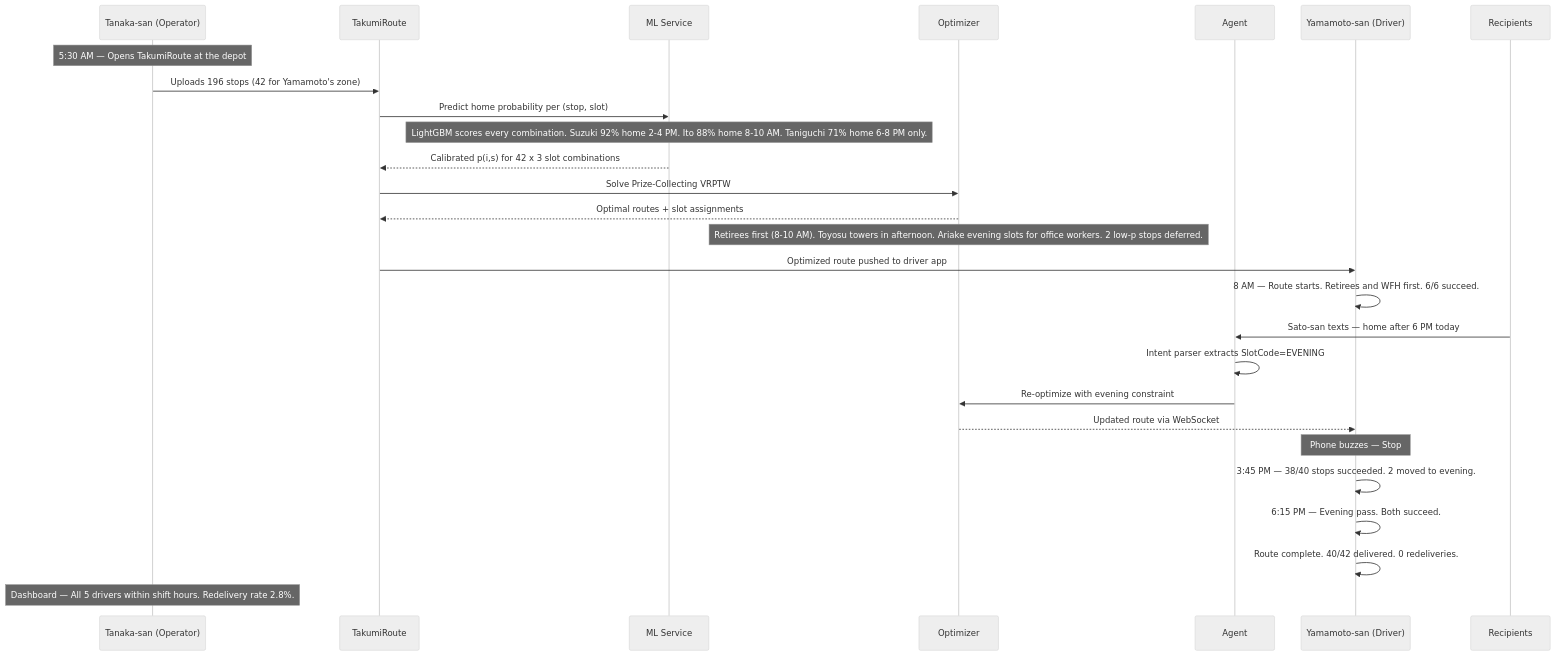
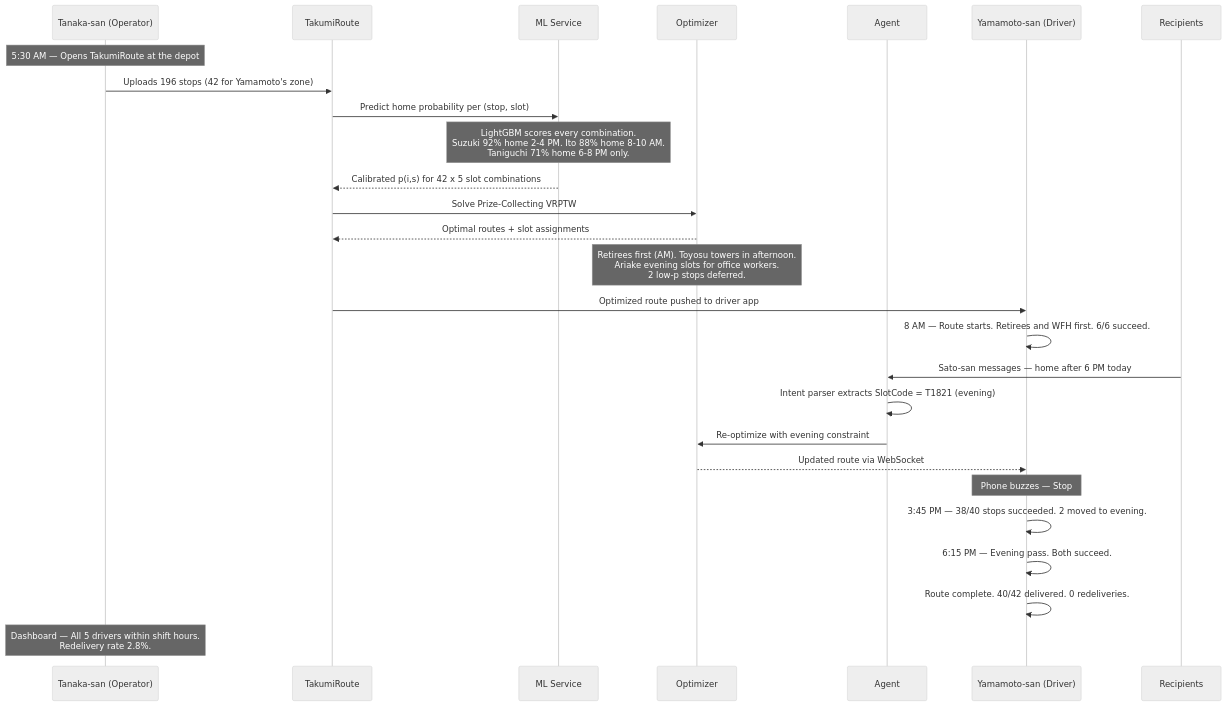
The third of 14 diagrams in README.md (lobezno16/Takumi), drawn with Mermaid (neutral theme) before and after one commit. The commit also changed other lines of this file, not shown here.

````diff
--- a/README.md
+++ b/README.md
@@ -113,39 +185,39 @@
 ```mermaid
 sequenceDiagram
     participant T as Tanaka-san (Operator)
     participant TR as TakumiRoute
     participant ML as ML Service
     participant OE as Optimizer
     participant AG as Agent
     participant D as Yamamoto-san (Driver)
     participant R as Recipients
 
     Note over T: 5:30 AM — Opens TakumiRoute at the depot
 
     T->>TR: Uploads 196 stops (42 for Yamamoto's zone)
     TR->>ML: Predict home probability per (stop, slot)
 
-    Note over ML: LightGBM scores every combination. Suzuki 92% home 2-4 PM. Ito 88% home 8-10 AM. Taniguchi 71% home 6-8 PM only.
+    Note over ML: LightGBM scores every combination.<br/>Suzuki 92% home 2-4 PM. Ito 88% home 8-10 AM.<br/>Taniguchi 71% home 6-8 PM only.
 
-    ML-->>TR: Calibrated p(i,s) for 42 x 3 slot combinations
+    ML-->>TR: Calibrated p(i,s) for 42 x 5 slot combinations
     TR->>OE: Solve Prize-Collecting VRPTW
     OE-->>TR: Optimal routes + slot assignments
 
-    Note over OE: Retirees first (8-10 AM). Toyosu towers in afternoon. Ariake evening slots for office workers. 2 low-p stops deferred.
+    Note over OE: Retirees first (AM). Toyosu towers in afternoon.<br/>Ariake evening slots for office workers.<br/>2 low-p stops deferred.
 
     TR->>D: Optimized route pushed to driver app
     D->>D: 8 AM — Route starts. Retirees and WFH first. 6/6 succeed.
 
-    R->>AG: Sato-san texts — home after 6 PM today
-    AG->>AG: Intent parser extracts SlotCode=EVENING
+    R->>AG: Sato-san messages — home after 6 PM today
+    AG->>AG: Intent parser extracts SlotCode = T1821 (evening)
     AG->>OE: Re-optimize with evening constraint
     OE-->>D: Updated route via WebSocket
 
     Note over D: Phone buzzes — Stop #22 moved to 6:15 PM
 
     D->>D: 3:45 PM — 38/40 stops succeeded. 2 moved to evening.
     D->>D: 6:15 PM — Evening pass. Both succeed.
     D->>D: Route complete. 40/42 delivered. 0 redeliveries.
 
-    Note over T: Dashboard — All 5 drivers within shift hours. Redelivery rate 2.8%.
+    Note over T: Dashboard — All 5 drivers within shift hours.<br/>Redelivery rate 2.8%.
 ```
````
